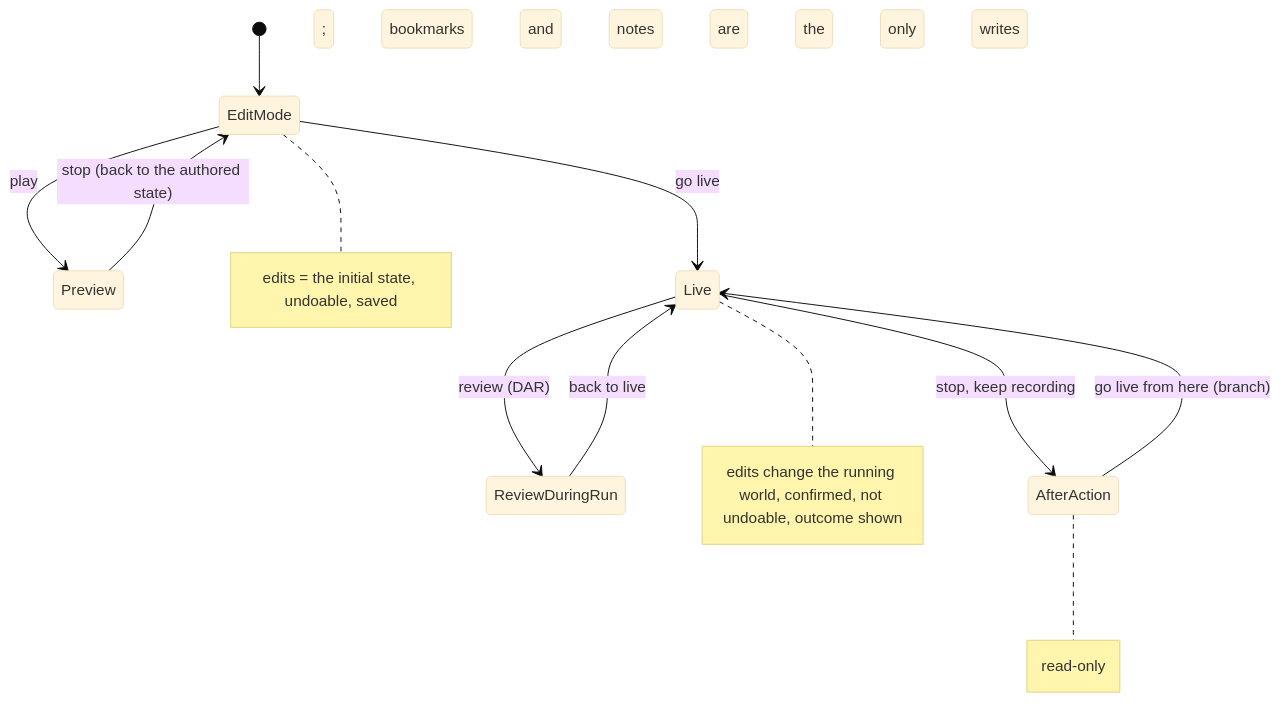
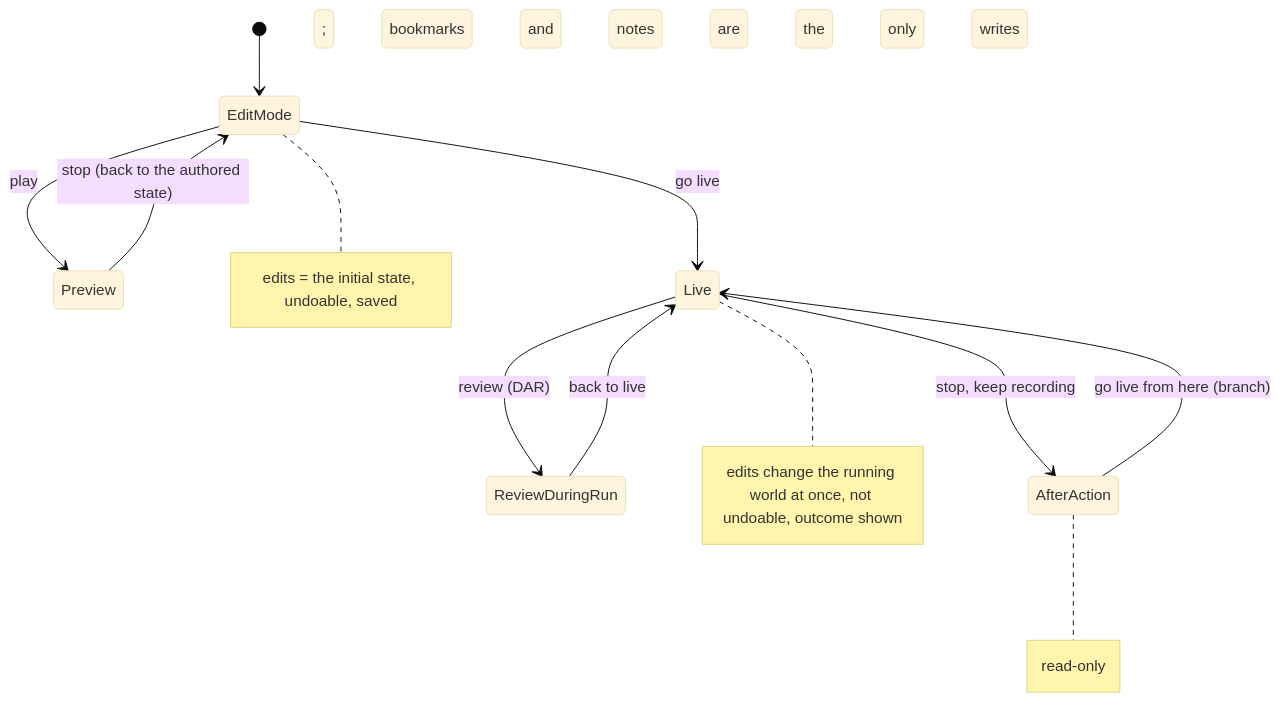
Before and after one commit to pjanec/HROT: the second of 2 diagrams in docs/UX/DESIGN_Editing_UX.md, drawn with Mermaid (base theme). The commit also changed other lines of this file and 3 other files, not shown here.

````diff
--- a/docs/UX/DESIGN_Editing_UX.md
+++ b/docs/UX/DESIGN_Editing_UX.md
@@ -225,14 +238,14 @@
 ```mermaid
 stateDiagram-v2
   [*] --> EditMode
   EditMode --> Preview : play
   Preview --> EditMode : stop (back to the authored state)
   EditMode --> Live : go live
   Live --> ReviewDuringRun : review (DAR)
   ReviewDuringRun --> Live : back to live
   Live --> AfterAction : stop, keep recording
   AfterAction --> Live : go live from here (branch)
   note right of EditMode : edits = the initial state, undoable, saved
-  note right of Live : edits change the running world, confirmed, not undoable, outcome shown
+  note right of Live : edits change the running world at once, not undoable, outcome shown
   note right of AfterAction : read-only; bookmarks and notes are the only writes
 ```
````
